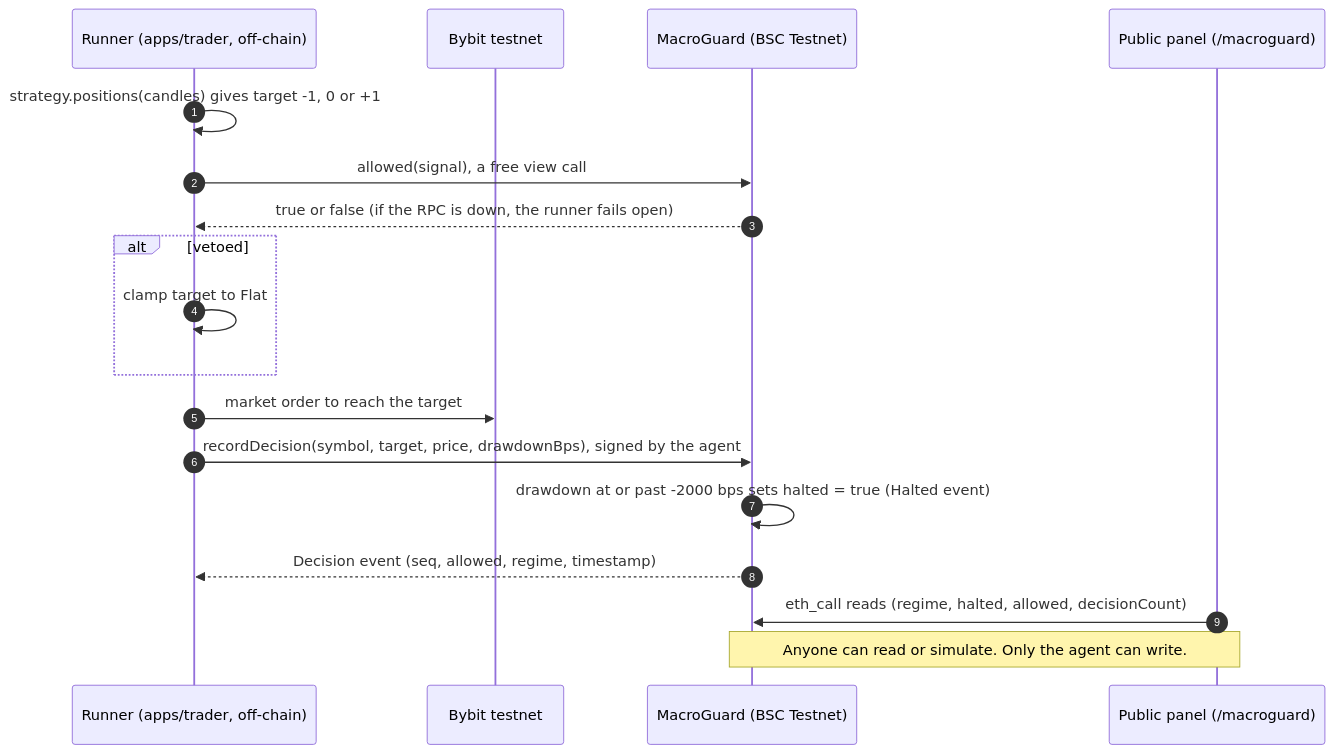
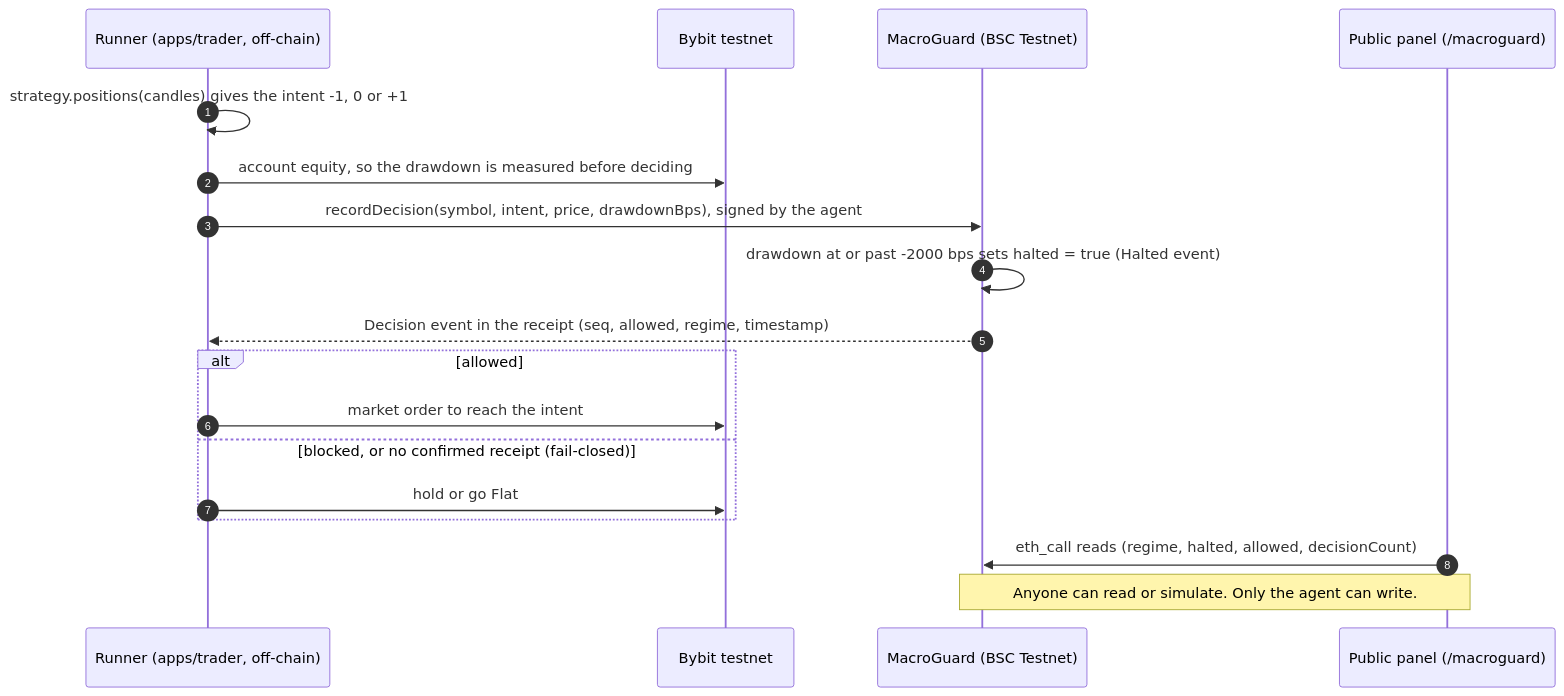
Before and after one commit to Stylenecy/drift: the first of 2 diagrams in README.md, drawn with Mermaid. The commit also changed other lines of this file and 3 other files, not shown here.

Commit message:
docs: the README, the threat model and the records describe the runner that records first and fails closed

````diff
--- a/README.md
+++ b/README.md
@@ -54,20 +54,20 @@
 ```mermaid
 sequenceDiagram
     autonumber
     participant R as Runner (apps/trader, off-chain)
     participant X as Bybit testnet
     participant G as MacroGuard (BSC Testnet)
     participant P as Public panel (/macroguard)
-    R->>R: strategy.positions(candles) gives target -1, 0 or +1
-    R->>G: allowed(signal), a free view call
-    G-->>R: true or false (if the RPC is down, the runner fails open)
-    alt vetoed
-        R->>R: clamp target to Flat
+    R->>R: strategy.positions(candles) gives the intent -1, 0 or +1
+    R->>X: account equity, so the drawdown is measured before deciding
+    R->>G: recordDecision(symbol, intent, price, drawdownBps), signed by the agent
+    G->>G: drawdown at or past -2000 bps sets halted = true (Halted event)
+    G-->>R: Decision event in the receipt (seq, allowed, regime, timestamp)
+    alt allowed
+        R->>X: market order to reach the intent
+    else blocked, or no confirmed receipt (fail-closed)
+        R->>X: hold or go Flat
     end
-    R->>X: market order to reach the target
-    R->>G: recordDecision(symbol, target, price, drawdownBps), signed by the agent
-    G->>G: drawdown at or past -2000 bps sets halted = true (Halted event)
-    G-->>R: Decision event (seq, allowed, regime, timestamp)
     P->>G: eth_call reads (regime, halted, allowed, decisionCount)
     Note over P,G: Anyone can read or simulate. Only the agent can write.
 ```
````
